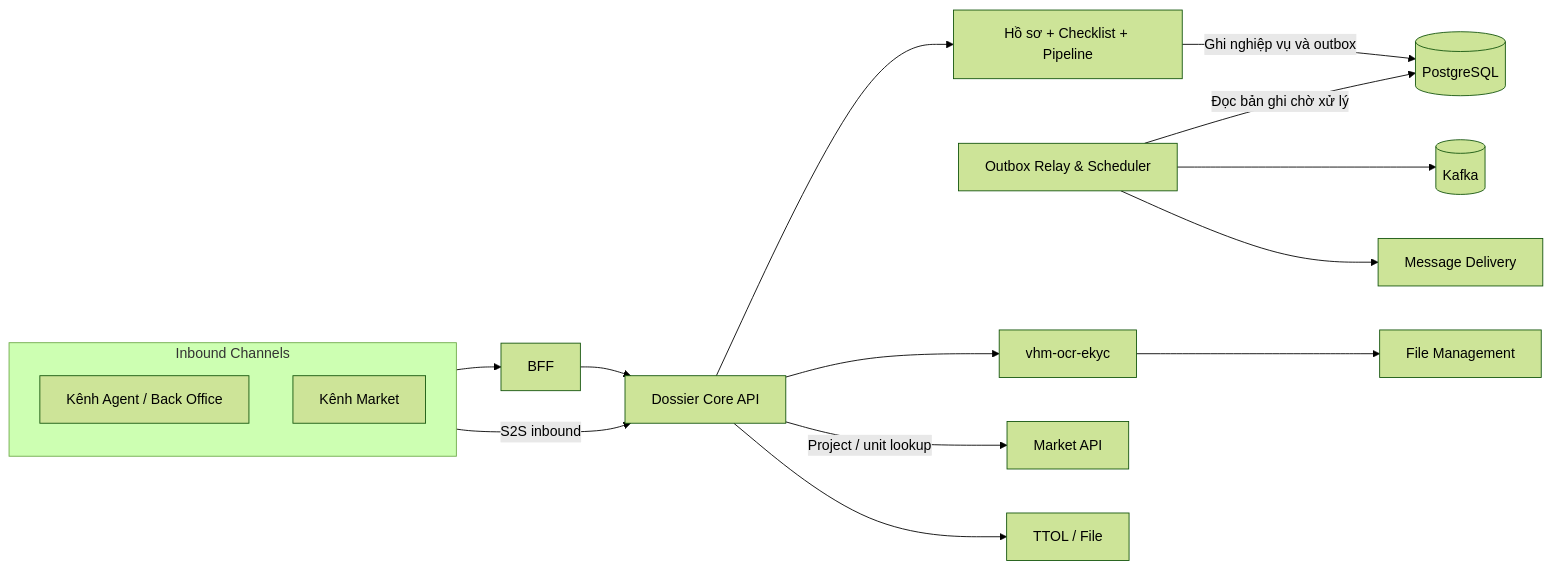
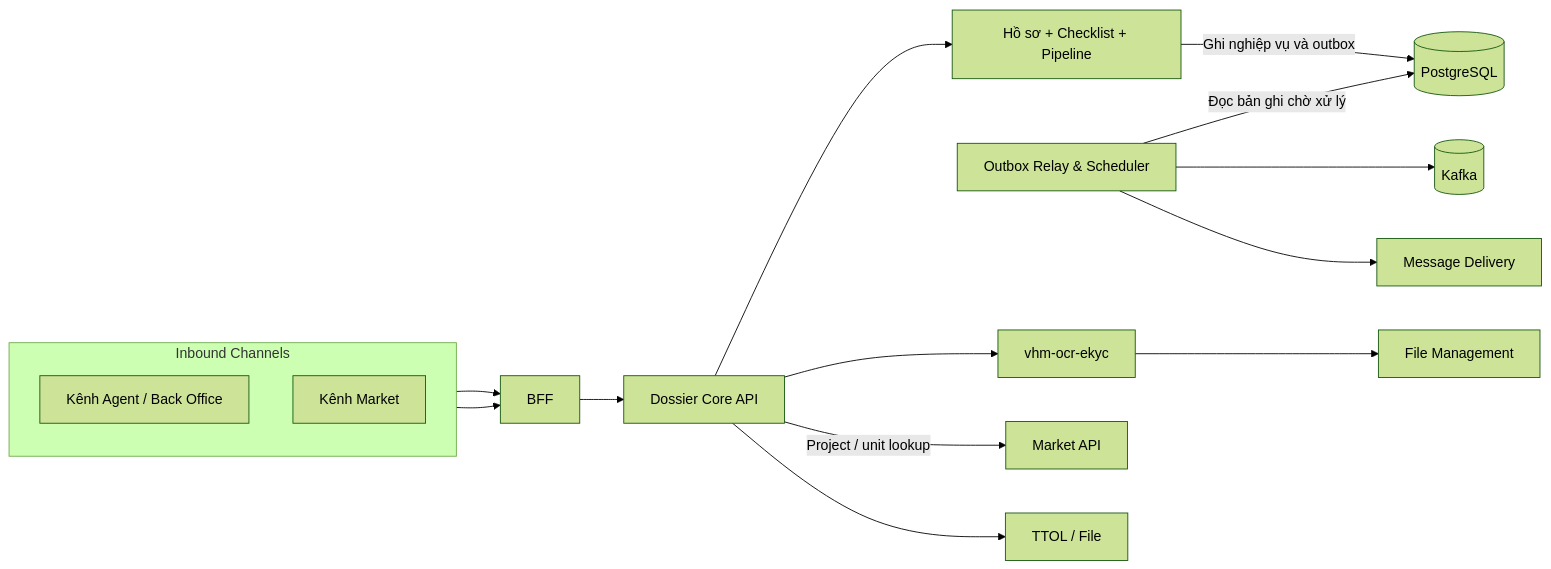
The second of 8 diagrams in tdd-dossier.md (huynv-xyz/vhm), drawn with Mermaid (forest theme) before and after one commit. The commit also changed other lines of this file, not shown here.

````diff
--- a/tdd-dossier.md
+++ b/tdd-dossier.md
@@ -203,20 +202,20 @@
 ```mermaid
 flowchart LR
     subgraph Channels[Inbound Channels]
         direction TB
         AgentChannel[Kênh Agent / Back Office]
         MarketChannel[Kênh Market]
     end
     AgentChannel --> BFF[BFF]
+    MarketChannel --> BFF
     BFF --> API[Dossier Core API]
-    MarketChannel -->|S2S inbound| API
     API --> Domain[Hồ sơ + Checklist + Pipeline]
     Domain -->|Ghi nghiệp vụ và outbox| DB[(PostgreSQL)]
     Relay[Outbox Relay & Scheduler] -->|Đọc bản ghi chờ xử lý| DB
     Relay --> Kafka[(Kafka)]
     Relay --> Message[Message Delivery]
     API --> OCR[vhm-ocr-ekyc]
     OCR --> File[File Management]
     API -->|Project / unit lookup| MarketAPI[Market API]
     API --> Enterprise[TTOL / File]
 ```
````
